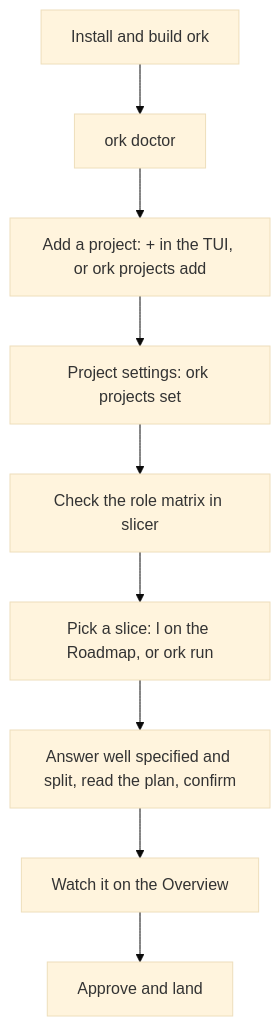
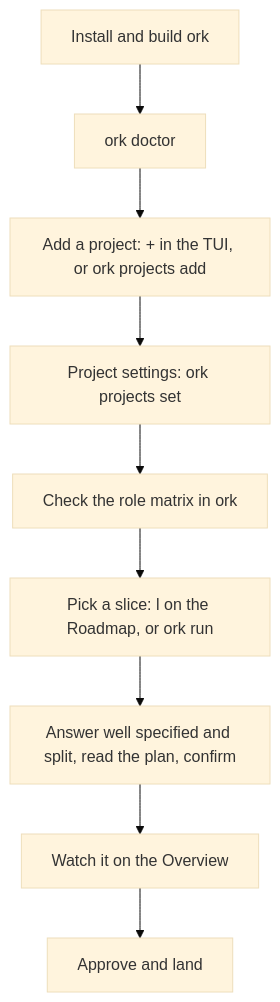
Before and after one commit to squalor-xyz/ork: the fifth of 6 diagrams in docs/diagrams.md, drawn with Mermaid (base theme). The commit also changed other lines of this file and 13 other files, not shown here.

````diff
--- a/docs/diagrams.md
+++ b/docs/diagrams.md
@@ -156,11 +156,11 @@
 ```mermaid
 flowchart TD
     a["Install and build ork"] --> b["ork doctor"]
     b --> c["Add a project: + in the TUI, or ork projects add"]
     c --> d["Project settings: ork projects set"]
-    d --> e["Check the role matrix in slicer"]
+    d --> e["Check the role matrix in ork"]
     e --> f["Pick a slice: l on the Roadmap, or ork run"]
     f --> g["Answer well specified and split, read the plan, confirm"]
     g --> h["Watch it on the Overview"]
     h --> i["Approve and land"]
 ```
````
